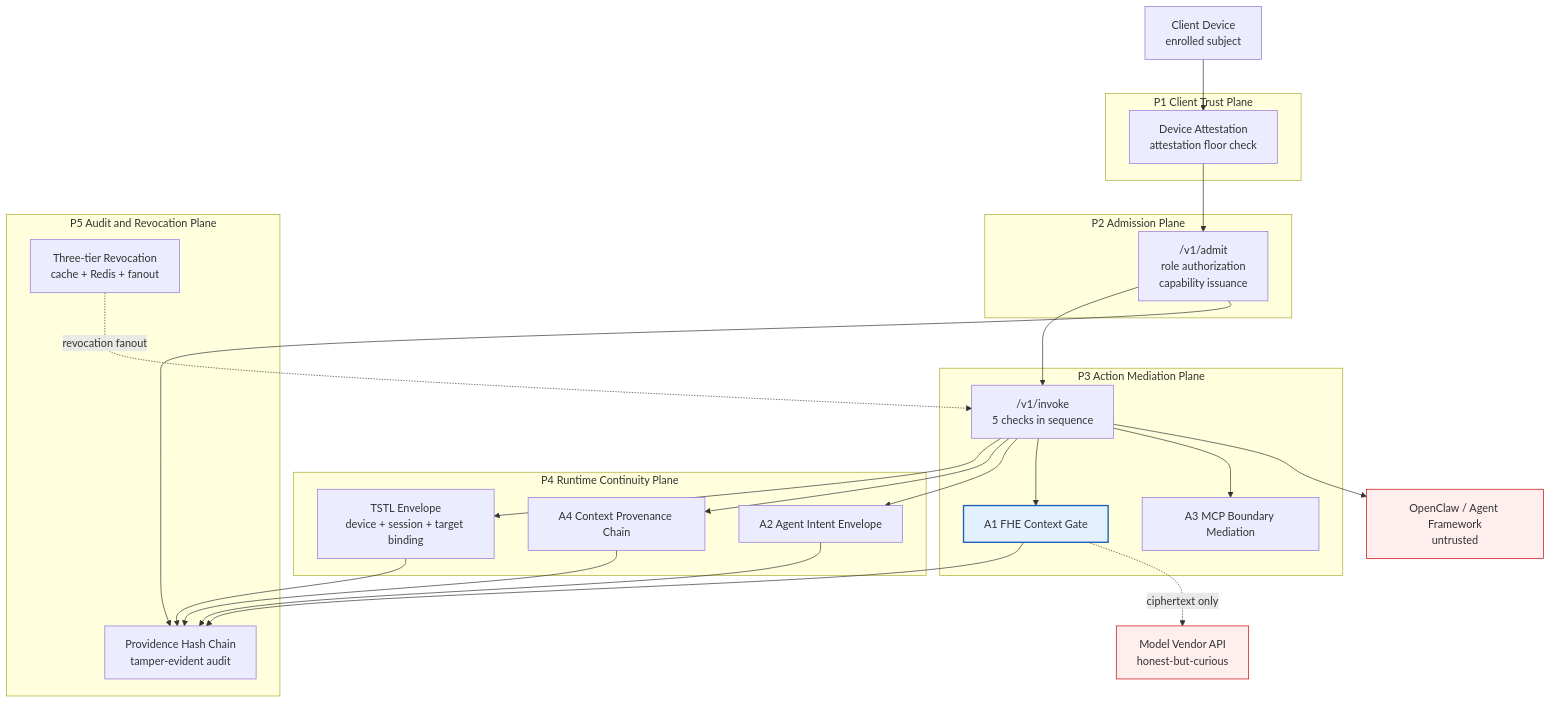
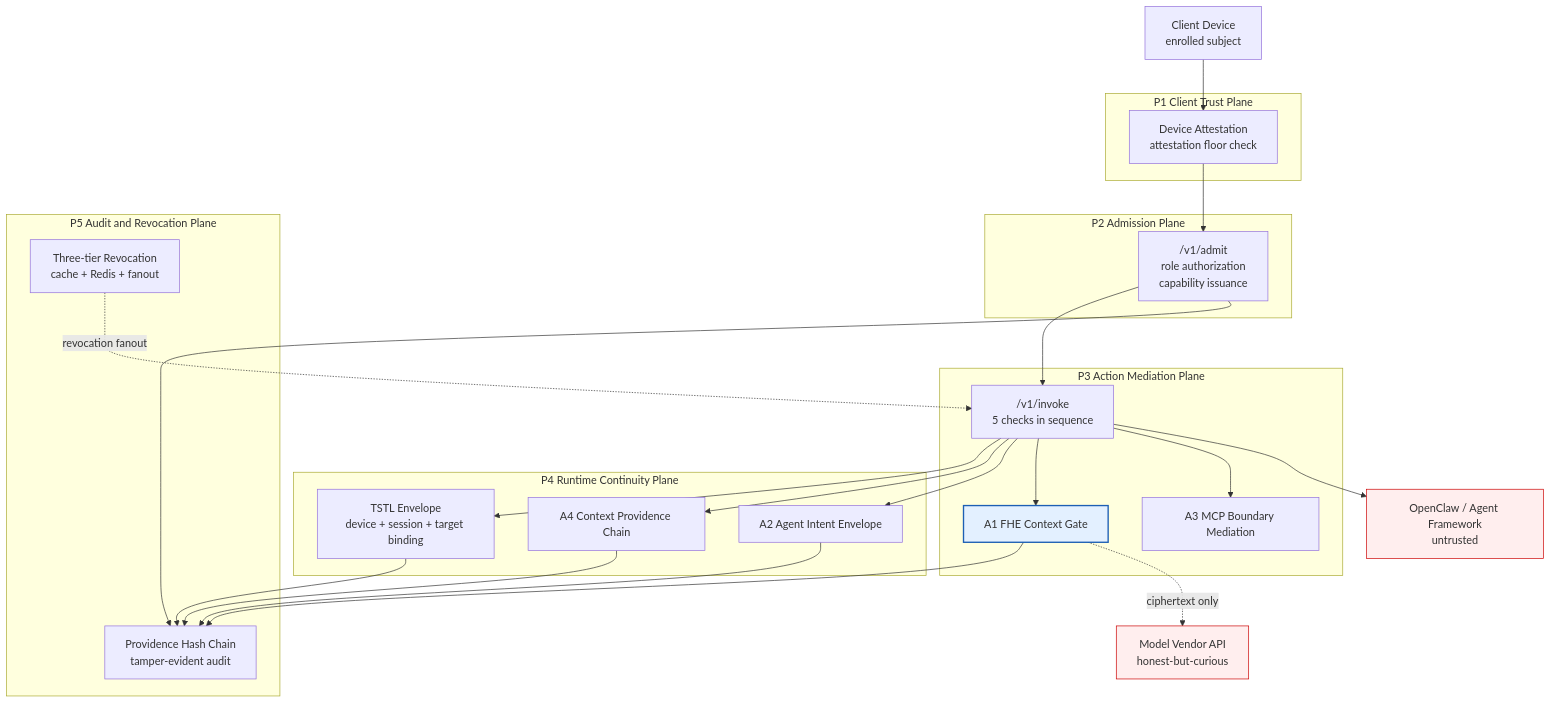
The first of 4 diagrams in docs/figures/figures.md (xsoc-corp/openclaw-nie-guard), drawn with Mermaid before and after one commit. The commit also changed 28 other files, not shown here.

````diff
--- a/docs/figures/figures.md
+++ b/docs/figures/figures.md
@@ -15,53 +15,53 @@
 ```mermaid
 graph TD
     Client[Client Device<br/>enrolled subject]
 
     subgraph P1["P1 Client Trust Plane"]
         AttGen[Device Attestation<br/>attestation floor check]
     end
 
     subgraph P2["P2 Admission Plane"]
         Admit["/v1/admit<br/>role authorization<br/>capability issuance"]
     end
 
     subgraph P3["P3 Action Mediation Plane"]
         Invoke["/v1/invoke<br/>5 checks in sequence"]
         FHE[A1 FHE Context Gate]
         MCP[A3 MCP Boundary Mediation]
     end
 
     subgraph P4["P4 Runtime Continuity Plane"]
         TSTL[TSTL Envelope<br/>device + session + target binding]
-        CPC[A4 Context Provenance Chain]
+        CPC[A4 Context Providence Chain]
         AIE[A2 Agent Intent Envelope]
     end
 
     subgraph P5["P5 Audit and Revocation Plane"]
         Prov[Providence Hash Chain<br/>tamper-evident audit]
         Rev[Three-tier Revocation<br/>cache + Redis + fanout]
     end
 
     OpenClaw[OpenClaw / Agent Framework<br/>untrusted]
     ModelVendor[Model Vendor API<br/>honest-but-curious]
 
     Client --> AttGen
     AttGen --> Admit
     Admit --> Invoke
     Invoke --> TSTL
     Invoke --> CPC
     Invoke --> AIE
     Invoke --> FHE
     Invoke --> MCP
     TSTL --> Prov
     CPC --> Prov
     AIE --> Prov
     FHE --> Prov
     Invoke --> OpenClaw
     FHE -.ciphertext only.-> ModelVendor
     Admit --> Prov
     Rev -.revocation fanout.-> Invoke
 
     style FHE fill:#e3f0ff,stroke:#1d5fb4,stroke-width:2px
     style OpenClaw fill:#ffeeee,stroke:#c00
     style ModelVendor fill:#ffeeee,stroke:#c00
 ```
````
